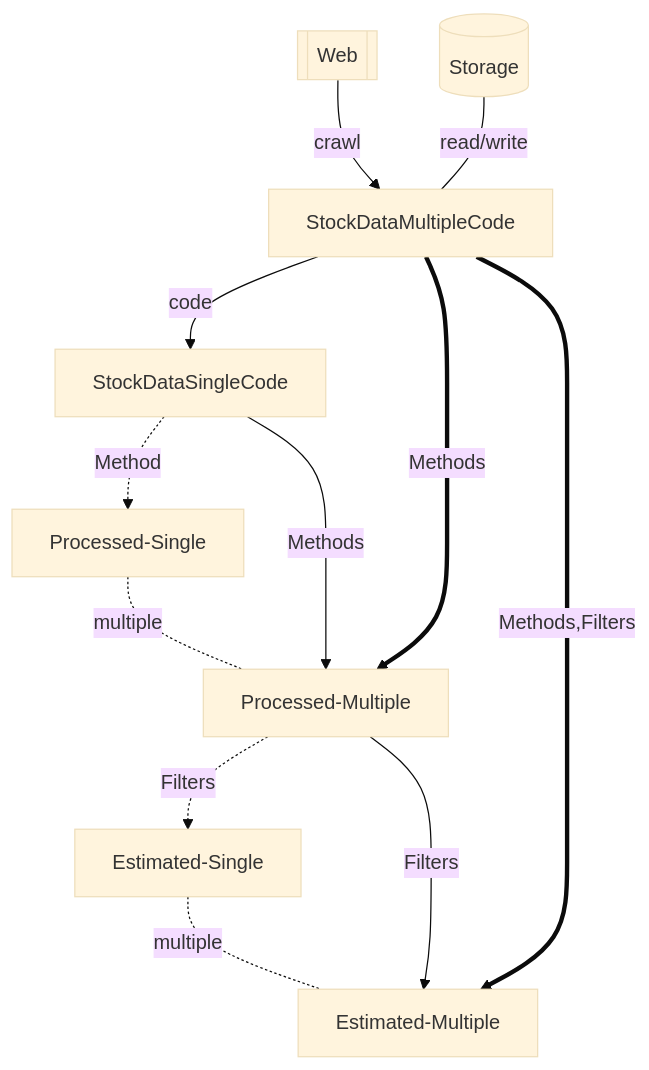
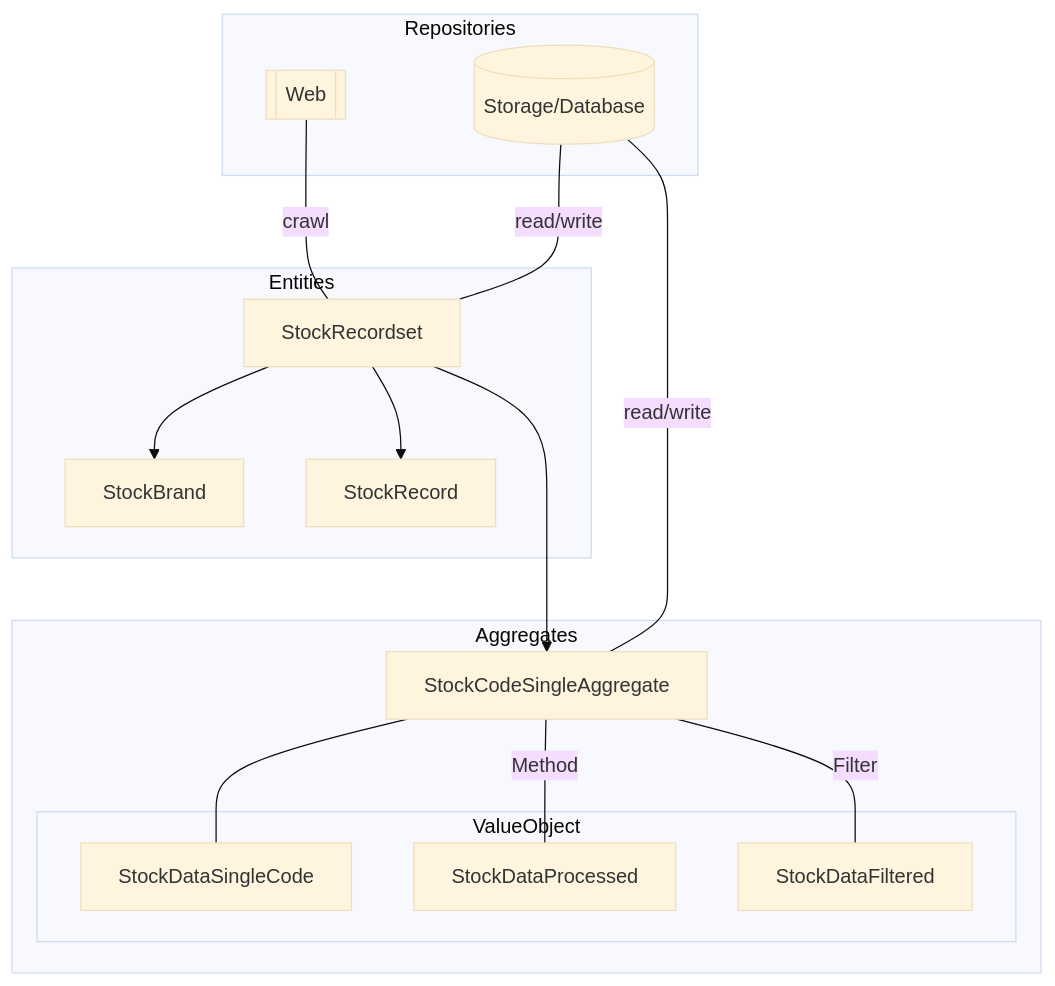
One commit to gsy0911/kabutobashi changed the diagram in README.md. Above: the diagram before and after it, drawn with Mermaid (base theme). The commit also changed other lines of this file and 2 other files, not shown here.

Commit message:
#103 docs: modify README

````diff
--- a/README.md
+++ b/README.md
@@ -17,14 +17,34 @@
 ```mermaid
 graph TD;
-  web[[Web]] --> | crawl | sdmc
-  repo[(Storage)] --- | read/write | sdmc
-  sdmc[StockDataMultipleCode] --> | code | sdsc
-  sdsc[StockDataSingleCode] -.-> | Method | ps
-  ps[Processed-Single] -.- | multiple | pm
-  sdsc --> | Methods | pm
-  pm[Processed-Multiple] -.-> | Filters | es
-  es[Estimated-Single] -.- | multiple | em[Estimated-Multiple]
-  pm --> | Filters | em
-  sdmc ==> | Methods | pm
-  sdmc ==> | Methods,Filters | em
+  subgraph Aggregates
+    aggregate[StockCodeSingleAggregate]
+    aggregate --- single
+    aggregate --- |Method| processed
+    aggregate --- |Filter| filtered
+     
+    subgraph ValueObject
+      single[StockDataSingleCode]
+      processed[StockDataProcessed]
+      filtered[StockDataFiltered]
+    end
+  end
+  
+  subgraph Entities
+    recordset[StockRecordset]
+    brand[StockBrand]
+    record[StockRecord]
+    
+    recordset --> brand
+    recordset --> record
+    recordset ---> aggregate
+  end
+
+  subgraph Repositories
+    web[[Web]] --- | crawl | recordset
+    repositories[(Storage/Database)] --- | read/write | recordset
+    
+    repositories --- | read/write | aggregate
+  end
+  
+  
 ```
````
